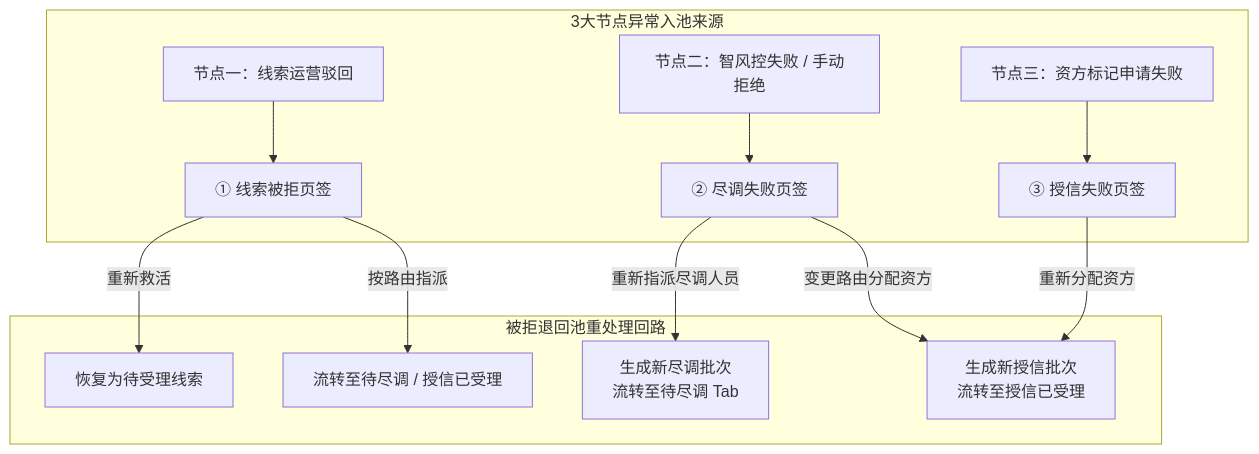
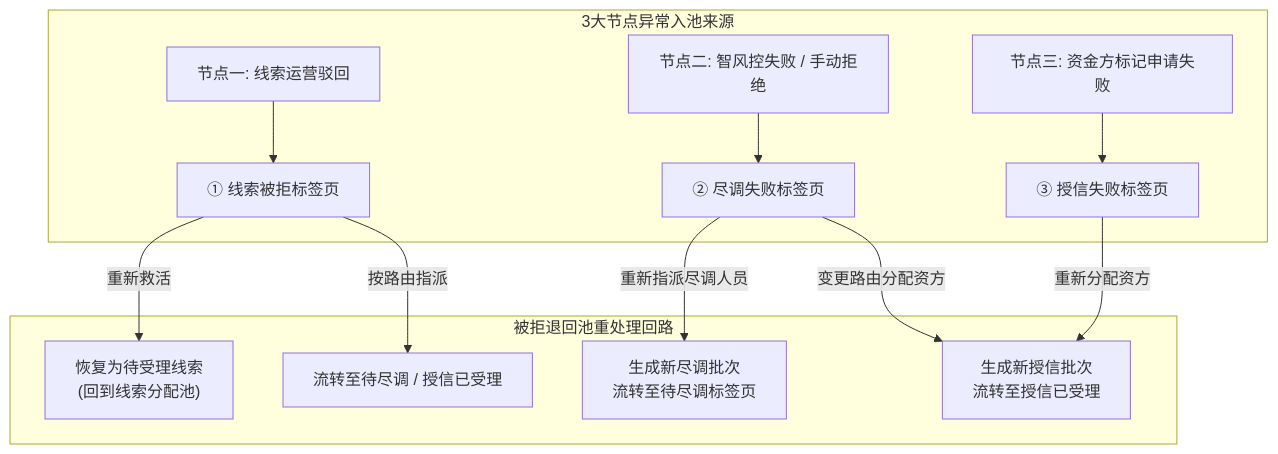
Before and after one commit to RobertHuang999/SYZC: the second of 2 diagrams in 02-PRD文档/🌟🌟🌟-最新基准版/B端PC/03-融资监管/05-融资管理-被拒退回池/被拒退回池业务规则规格.md, drawn with Mermaid. The commit also changed other lines of this file and 264 other files, not shown here.

````diff
--- a/02-PRD文档/🌟🌟🌟-最新基准版/B端PC/03-融资监管/05-融资管理-被拒退回池/被拒退回池业务规则规格.md
+++ b/02-PRD文档/🌟🌟🌟-最新基准版/B端PC/03-融资监管/05-融资管理-被拒退回池/被拒退回池业务规则规格.md
@@ -171,18 +170,18 @@
 ```mermaid
 flowchart TD
     subgraph 3大节点异常入池来源
-        N1[节点一：线索运营驳回] --> T1[① 线索被拒页签]
-        N2[节点二：智风控失败 / 手动拒绝] --> T2[② 尽调失败页签]
-        N3[节点三：资方标记申请失败] --> T3[③ 授信失败页签]
+        N1["节点一: 线索运营驳回"] --> T1["① 线索被拒标签页"]
+        N2["节点二: 智风控失败 / 手动拒绝"] --> T2["② 尽调失败标签页"]
+        N3["节点三: 资金方标记申请失败"] --> T3["③ 授信失败标签页"]
     end
 
     subgraph 被拒退回池重处理回路
-        T1 -- 重新救活 --> R1[恢复为待受理线索]
-        T1 -- 按路由指派 --> R2[流转至待尽调 / 授信已受理]
+        T1 -- 重新救活 --> R1["恢复为待受理线索<br/>(回到线索分配池)"]
+        T1 -- 按路由指派 --> R2["流转至待尽调 / 授信已受理"]
 
-        T2 -- 重新指派尽调人员 --> R3[生成新尽调批次<br/>流转至待尽调 Tab]
-        T2 -- 变更路由分配资方 --> R4[生成新授信批次<br/>流转至授信已受理]
+        T2 -- 重新指派尽调人员 --> R3["生成新尽调批次<br/>流转至待尽调标签页"]
+        T2 -- 变更路由分配资方 --> R4["生成新授信批次<br/>流转至授信已受理"]
 
         T3 -- 重新分配资方 --> R4
     end
 ```
````
